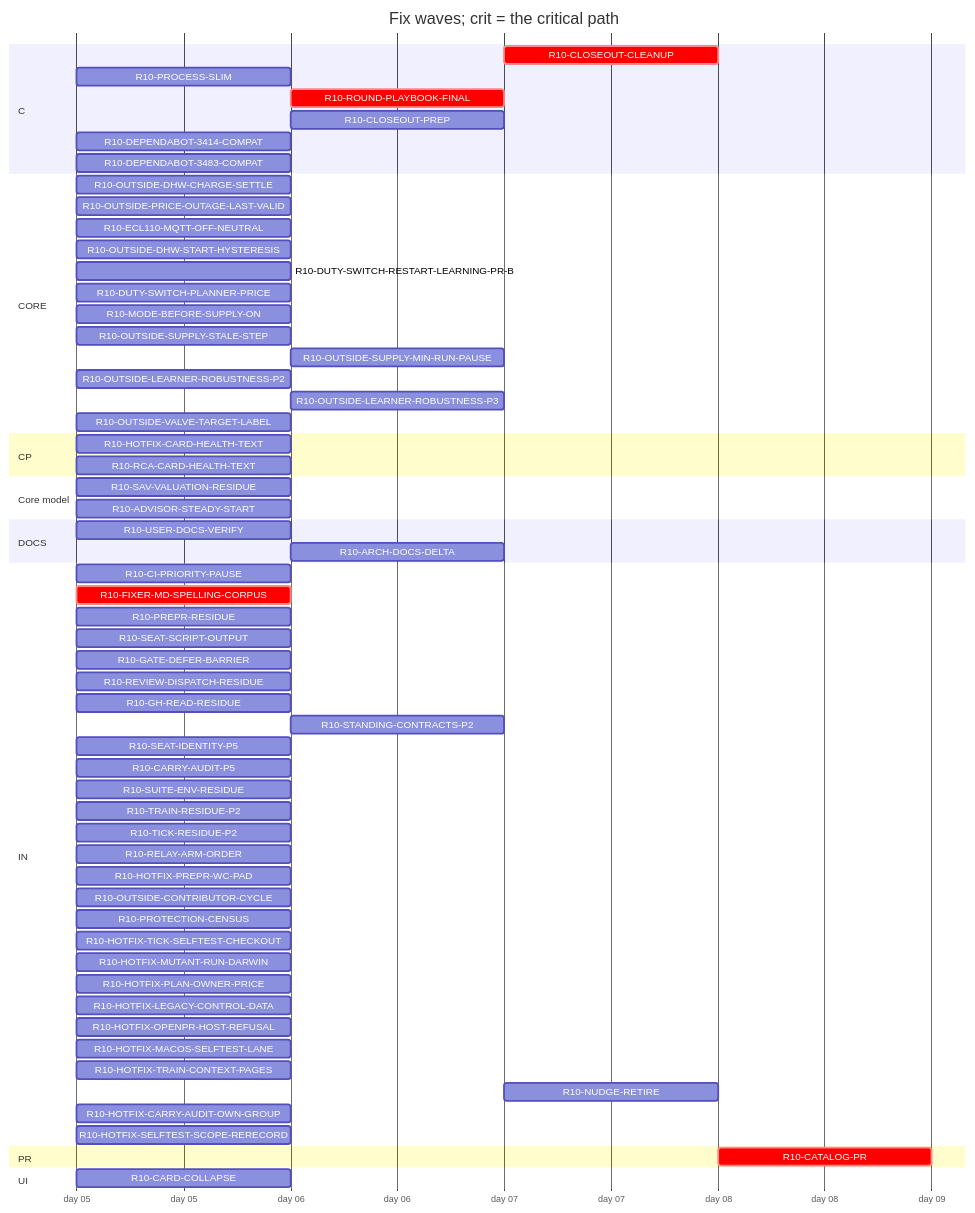
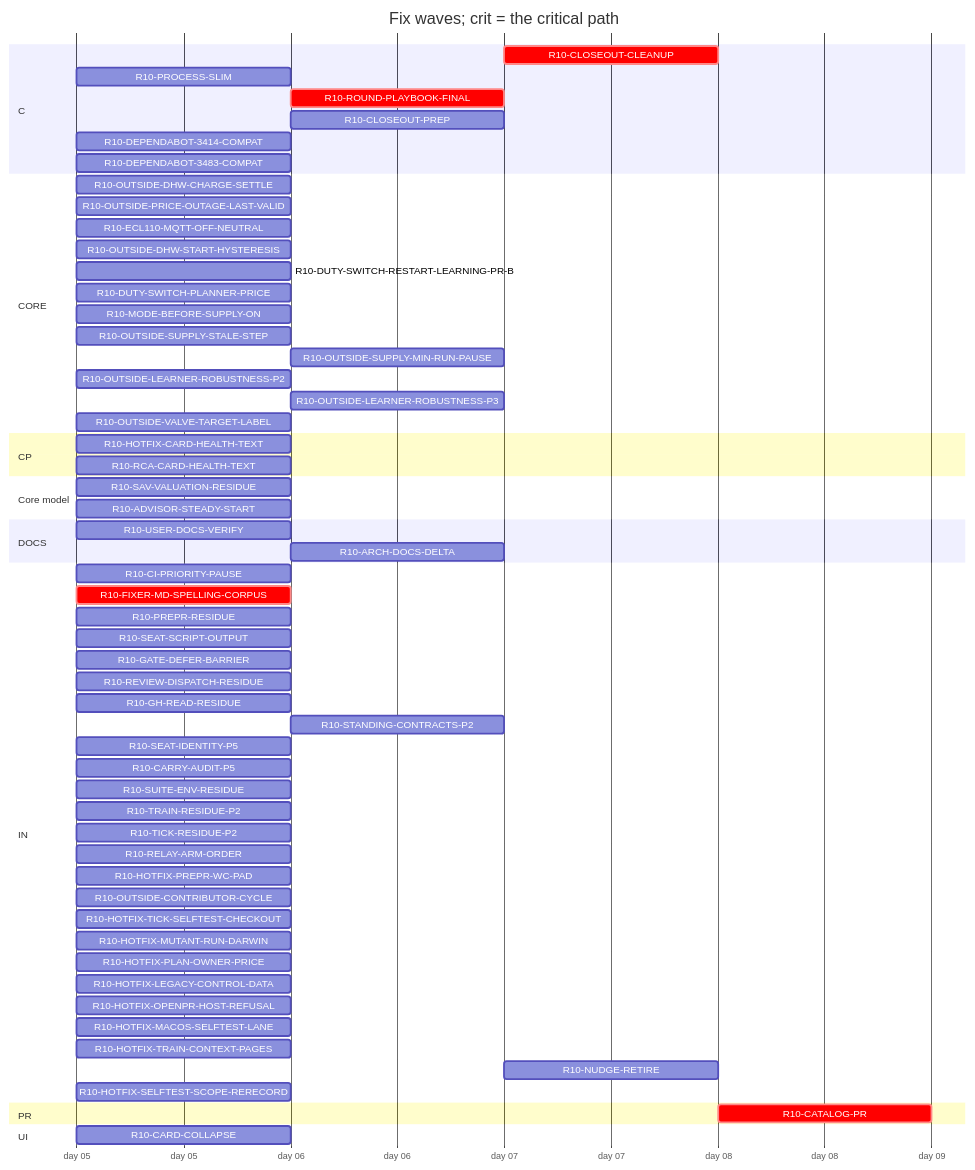
Before and after one commit to tvofi/heatpump_optimizer: the diagram in handoff/round10/state/PLAN-TABLE.md, drawn with Mermaid. The commit also changed other lines of this file and 3 other files, not shown here.

Commit message:
state: FLOW-BOARD.md, NEXT-SESSION-PROMPT.md, PLAN-TABLE.md, RESUME-CURRENT.md regenerated (state_docs.py)

````diff
--- a/handoff/round10/state/PLAN-TABLE.md
+++ b/handoff/round10/state/PLAN-TABLE.md
@@ -21,67 +21,65 @@
 ```mermaid
 gantt
   title Fix waves; crit = the critical path
   dateFormat YYYY-MM-DD
   axisFormat day %d
   section C
     R10-CLOSEOUT-CLEANUP :crit, r10CLOSEOUTCLEANUP, after r10USERDOCSVERIFY r10ROUNDPLAYBOOKFINAL r10CLOSEOUTPREP r10ARCHDOCSDELTA, 1d
     R10-PROCESS-SLIM :r10PROCESSSLIM, 2026-01-05, 1d
     R10-ROUND-PLAYBOOK-FINAL :crit, r10ROUNDPLAYBOOKFINAL, after r10FIXERMDSPELLINGCORPUS, 1d
     R10-CLOSEOUT-PREP :r10CLOSEOUTPREP, after r10FIXERMDSPELLINGCORPUS, 1d
     R10-DEPENDABOT-3414-COMPAT :r10DEPENDABOT3414COMPAT, 2026-01-05, 1d
     R10-DEPENDABOT-3483-COMPAT :r10DEPENDABOT3483COMPAT, 2026-01-05, 1d
   section CORE
     R10-OUTSIDE-DHW-CHARGE-SETTLE :r10OUTSIDEDHWCHARGESETTLE, 2026-01-05, 1d
     R10-OUTSIDE-PRICE-OUTAGE-LAST-VALID :r10OUTSIDEPRICEOUTAGELASTVALID, 2026-01-05, 1d
     R10-ECL110-MQTT-OFF-NEUTRAL :r10ECL110MQTTOFFNEUTRAL, 2026-01-05, 1d
     R10-OUTSIDE-DHW-START-HYSTERESIS :r10OUTSIDEDHWSTARTHYSTERESIS, 2026-01-05, 1d
     R10-DUTY-SWITCH-RESTART-LEARNING-PR-B :r10DUTYSWITCHRESTARTLEARNINGPRB, 2026-01-05, 1d
     R10-DUTY-SWITCH-PLANNER-PRICE :r10DUTYSWITCHPLANNERPRICE, 2026-01-05, 1d
     R10-MODE-BEFORE-SUPPLY-ON :r10MODEBEFORESUPPLYON, 2026-01-05, 1d
     R10-OUTSIDE-SUPPLY-STALE-STEP :r10OUTSIDESUPPLYSTALESTEP, 2026-01-05, 1d
     R10-OUTSIDE-SUPPLY-MIN-RUN-PAUSE :r10OUTSIDESUPPLYMINRUNPAUSE, after r10OUTSIDESUPPLYSTALESTEP, 1d
     R10-OUTSIDE-LEARNER-ROBUSTNESS-P2 :r10OUTSIDELEARNERROBUSTNESSP2, 2026-01-05, 1d
     R10-OUTSIDE-LEARNER-ROBUSTNESS-P3 :r10OUTSIDELEARNERROBUSTNESSP3, after r10OUTSIDELEARNERROBUSTNESSP2, 1d
     R10-OUTSIDE-VALVE-TARGET-LABEL :r10OUTSIDEVALVETARGETLABEL, 2026-01-05, 1d
   section CP
     R10-HOTFIX-CARD-HEALTH-TEXT :r10HOTFIXCARDHEALTHTEXT, 2026-01-05, 1d
     R10-RCA-CARD-HEALTH-TEXT :r10RCACARDHEALTHTEXT, 2026-01-05, 1d
   section Core model
     R10-SAV-VALUATION-RESIDUE :r10SAVVALUATIONRESIDUE, 2026-01-05, 1d
     R10-ADVISOR-STEADY-START :r10ADVISORSTEADYSTART, 2026-01-05, 1d
   section DOCS
     R10-USER-DOCS-VERIFY :r10USERDOCSVERIFY, 2026-01-05, 1d
     R10-ARCH-DOCS-DELTA :r10ARCHDOCSDELTA, after r10SAVVALUATIONRESIDUE r10ADVISORSTEADYSTART r10PROCESSSLIM, 1d
   section IN
     R10-CI-PRIORITY-PAUSE :r10CIPRIORITYPAUSE, 2026-01-05, 1d
     R10-FIXER-MD-SPELLING-CORPUS :crit, r10FIXERMDSPELLINGCORPUS, 2026-01-05, 1d
     R10-PREPR-RESIDUE :r10PREPRRESIDUE, 2026-01-05, 1d
     R10-SEAT-SCRIPT-OUTPUT :r10SEATSCRIPTOUTPUT, 2026-01-05, 1d
     R10-GATE-DEFER-BARRIER :r10GATEDEFERBARRIER, 2026-01-05, 1d
     R10-REVIEW-DISPATCH-RESIDUE :r10REVIEWDISPATCHRESIDUE, 2026-01-05, 1d
     R10-GH-READ-RESIDUE :r10GHREADRESIDUE, 2026-01-05, 1d
     R10-STANDING-CONTRACTS-P2 :r10STANDINGCONTRACTSP2, after r10FIXERMDSPELLINGCORPUS, 1d
     R10-SEAT-IDENTITY-P5 :r10SEATIDENTITYP5, 2026-01-05, 1d
     R10-CARRY-AUDIT-P5 :r10CARRYAUDITP5, 2026-01-05, 1d
     R10-SUITE-ENV-RESIDUE :r10SUITEENVRESIDUE, 2026-01-05, 1d
     R10-TRAIN-RESIDUE-P2 :r10TRAINRESIDUEP2, 2026-01-05, 1d
     R10-TICK-RESIDUE-P2 :r10TICKRESIDUEP2, 2026-01-05, 1d
     R10-RELAY-ARM-ORDER :r10RELAYARMORDER, 2026-01-05, 1d
     R10-HOTFIX-PREPR-WC-PAD :r10HOTFIXPREPRWCPAD, 2026-01-05, 1d
     R10-OUTSIDE-CONTRIBUTOR-CYCLE :r10OUTSIDECONTRIBUTORCYCLE, 2026-01-05, 1d
-    R10-PROTECTION-CENSUS :r10PROTECTIONCENSUS, 2026-01-05, 1d
     R10-HOTFIX-TICK-SELFTEST-CHECKOUT :r10HOTFIXTICKSELFTESTCHECKOUT, 2026-01-05, 1d
     R10-HOTFIX-MUTANT-RUN-DARWIN :r10HOTFIXMUTANTRUNDARWIN, 2026-01-05, 1d
     R10-HOTFIX-PLAN-OWNER-PRICE :r10HOTFIXPLANOWNERPRICE, 2026-01-05, 1d
     R10-HOTFIX-LEGACY-CONTROL-DATA :r10HOTFIXLEGACYCONTROLDATA, 2026-01-05, 1d
     R10-HOTFIX-OPENPR-HOST-REFUSAL :r10HOTFIXOPENPRHOSTREFUSAL, 2026-01-05, 1d
     R10-HOTFIX-MACOS-SELFTEST-LANE :r10HOTFIXMACOSSELFTESTLANE, 2026-01-05, 1d
     R10-HOTFIX-TRAIN-CONTEXT-PAGES :r10HOTFIXTRAINCONTEXTPAGES, 2026-01-05, 1d
     R10-NUDGE-RETIRE :r10NUDGERETIRE, after r10ROUNDPLAYBOOKFINAL, 1d
-    R10-HOTFIX-CARRY-AUDIT-OWN-GROUP :r10HOTFIXCARRYAUDITOWNGROUP, 2026-01-05, 1d
     R10-HOTFIX-SELFTEST-SCOPE-RERECORD :r10HOTFIXSELFTESTSCOPERERECORD, 2026-01-05, 1d
   section PR
     R10-CATALOG-PR :crit, r10CATALOGPR, after r10USERDOCSVERIFY r10ROUNDPLAYBOOKFINAL r10CLOSEOUTCLEANUP r10CLOSEOUTPREP r10ARCHDOCSDELTA, 1d
   section UI
     R10-CARD-COLLAPSE :r10CARDCOLLAPSE, 2026-01-05, 1d
 ```
````
